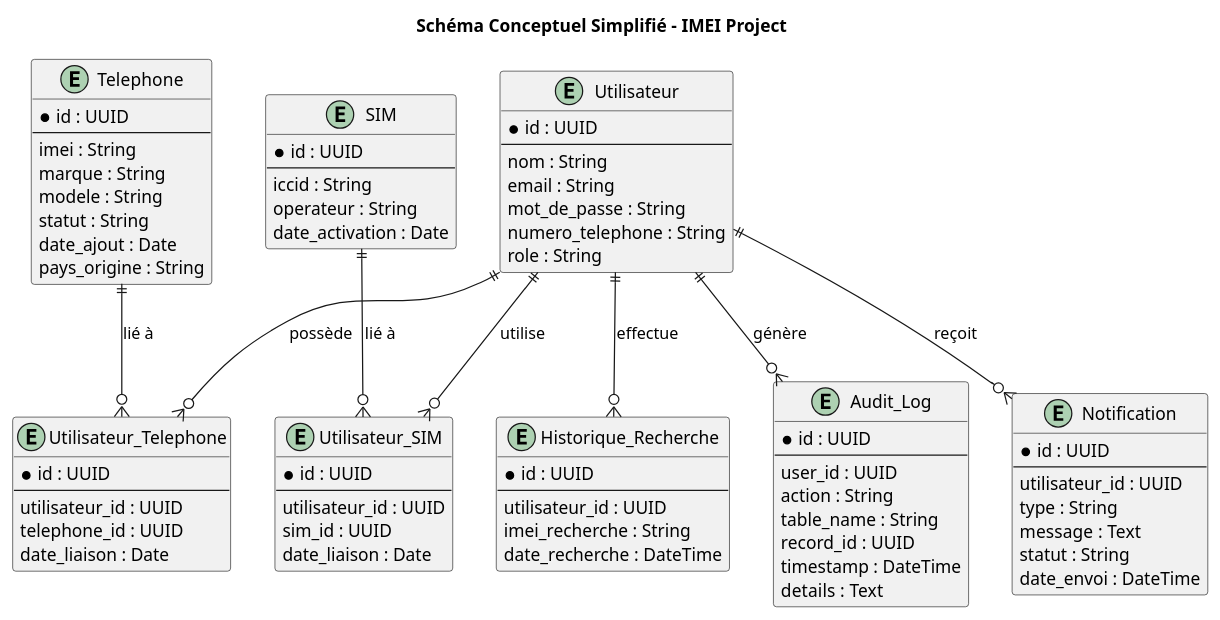
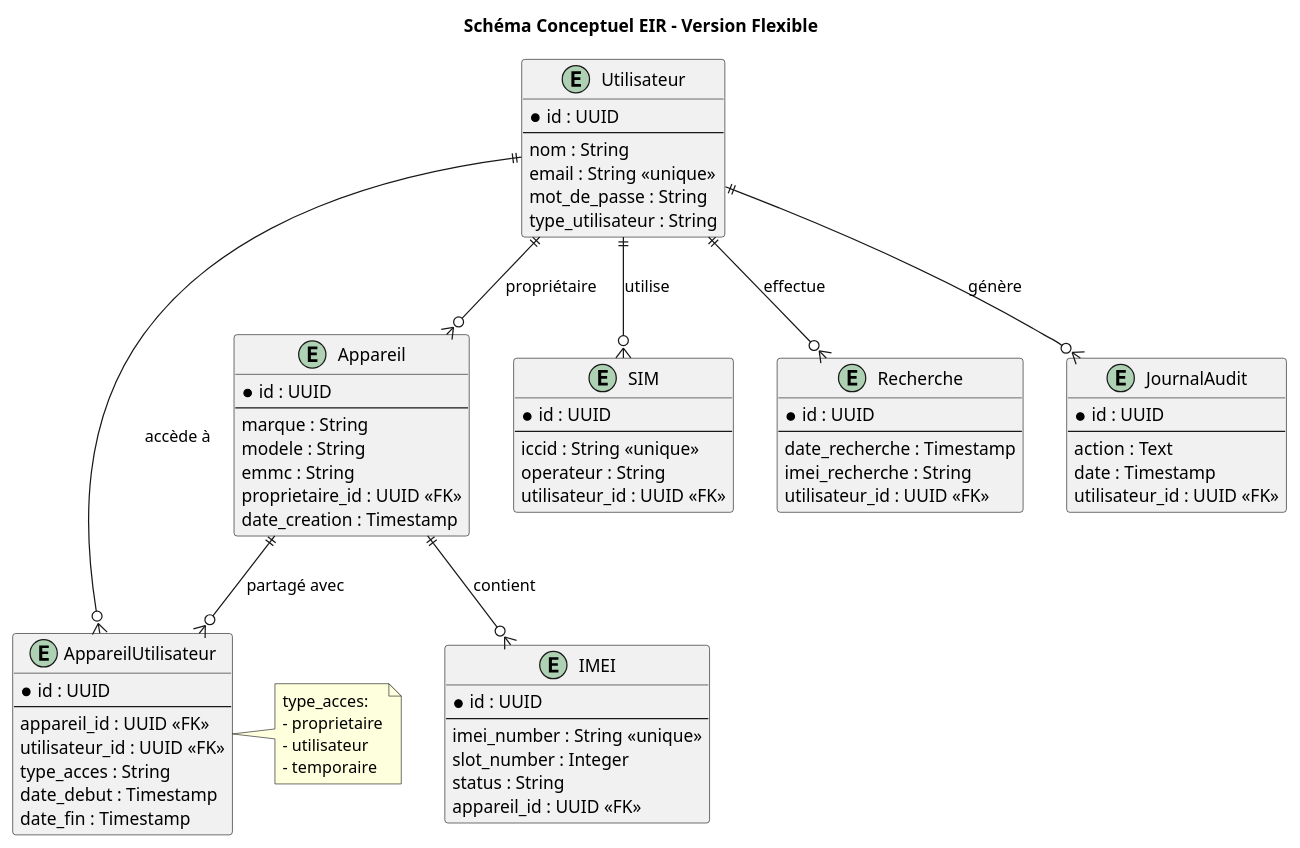
Before and after one commit to Mohamedsalem00/eir-project: the diagram in docs/uml/schema_conceptuel_imei.puml, drawn with PlantUML. The commit also changed 16 other files, not shown here.

```diff
--- a/docs/uml/schema_conceptuel_imei.puml
+++ b/docs/uml/schema_conceptuel_imei.puml
@@ -1,90 +1,78 @@
 @startuml
-title Schéma Conceptuel Simplifié - IMEI Project
+title Schéma Conceptuel EIR - Version Flexible
 
 entity Utilisateur {
   *id : UUID
   --
   nom : String
-  email : String
+  email : String <<unique>>
   mot_de_passe : String
-  numero_telephone : String
-  role : String
+  type_utilisateur : String
 }
 
-entity Telephone {
+entity Appareil {
   *id : UUID
   --
-  imei : String
   marque : String
   modele : String
-  statut : String
-  date_ajout : Date
-  pays_origine : String
+  emmc : String
+  proprietaire_id : UUID <<FK>>
+  date_creation : Timestamp
+}
+
+entity IMEI {
+  *id : UUID
+  --
+  imei_number : String <<unique>>
+  slot_number : Integer
+  status : String
+  appareil_id : UUID <<FK>>
+}
+
+' Table de liaison pour partage d'appareils
+entity AppareilUtilisateur {
+  *id : UUID
+  --
+  appareil_id : UUID <<FK>>
+  utilisateur_id : UUID <<FK>>
+  type_acces : String
+  date_debut : Timestamp
+  date_fin : Timestamp
 }
 
 entity SIM {
   *id : UUID
   --
-  iccid : String
+  iccid : String <<unique>>
   operateur : String
-  date_activation : Date
+  utilisateur_id : UUID <<FK>>
 }
 
-entity Utilisateur_Telephone {
+entity Recherche {
   *id : UUID
   --
-  utilisateur_id : UUID
-  telephone_id : UUID
-  date_liaison : Date
+  date_recherche : Timestamp
+  imei_recherche : String
+  utilisateur_id : UUID <<FK>>
 }
 
-entity Utilisateur_SIM {
+entity JournalAudit {
   *id : UUID
   --
-  utilisateur_id : UUID
-  sim_id : UUID
-  date_liaison : Date
-}
-
-entity Historique_Recherche {
-  *id : UUID
-  --
-  utilisateur_id : UUID
-  imei_recherche : String
-  date_recherche : DateTime
-}
-
-entity Audit_Log {
-  *id : UUID
-  --
-  user_id : UUID
-  action : String
-  table_name : String
-  record_id : UUID
-  timestamp : DateTime
-  details : Text
-}
-
-entity Notification {
-  *id : UUID
-  --
-  utilisateur_id : UUID
-  type : String      
-  message : Text
-  statut : String     
-  date_envoi : DateTime
+  action : Text
+  date : Timestamp
+  utilisateur_id : UUID <<FK>>
 }
 
 ' Relations
-Utilisateur ||--o{ Utilisateur_Telephone : "possède"
-Telephone ||--o{ Utilisateur_Telephone : "lié à"
+Utilisateur ||--o{ Appareil : "propriétaire"
+Appareil ||--o{ IMEI : "contient"
+Appareil ||--o{ AppareilUtilisateur : "partagé avec"
+Utilisateur ||--o{ AppareilUtilisateur : "accède à"
+Utilisateur ||--o{ SIM : "utilise"
+Utilisateur ||--o{ Recherche : "effectue"
+Utilisateur ||--o{ JournalAudit : "génère"
 
-Utilisateur ||--o{ Utilisateur_SIM : "utilise"
-SIM ||--o{ Utilisateur_SIM : "lié à"
-
-Utilisateur ||--o{ Historique_Recherche : "effectue"
-Utilisateur ||--o{ Audit_Log : "génère"
-
-Utilisateur ||--o{ Notification : "reçoit"
+note right of AppareilUtilisateur : type_acces:\n- proprietaire\n- utilisateur\n- temporaire
 
 @enduml
```
